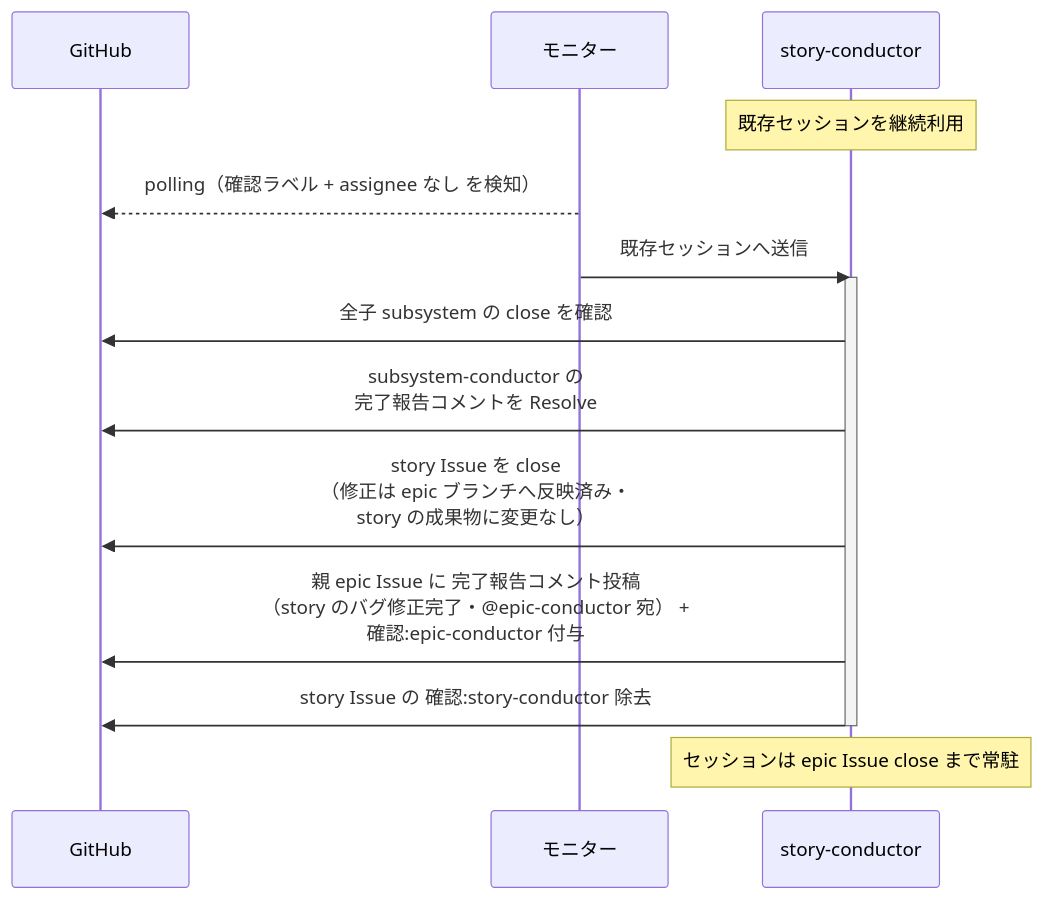
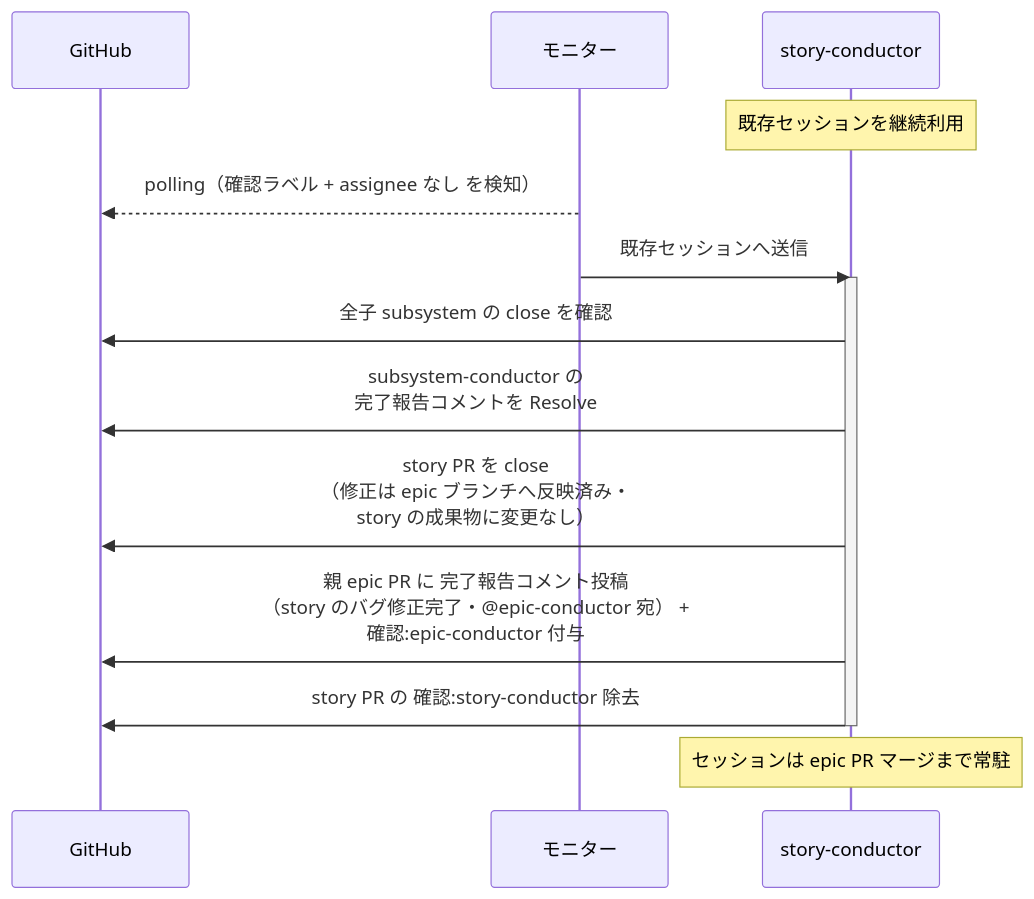
Before and after one commit to shuhei1101/ai-monitor: the second of 2 diagrams in docs/wiki/設計図/シナリオ/単一ユースケース/バグ差し戻しの中継.md, drawn with Mermaid. The commit also changed other lines of this file and 256 other files, not shown here.

````diff
--- a/docs/wiki/設計図/シナリオ/単一ユースケース/バグ差し戻しの中継.md
+++ b/docs/wiki/設計図/シナリオ/単一ユースケース/バグ差し戻しの中継.md
@@ -65,18 +65,18 @@
 ```mermaid
 sequenceDiagram
   participant GH as GitHub
   participant ORC as モニター
   participant MON as story-conductor
 
   Note over MON: 既存セッションを継続利用
   ORC-->>GH: polling（確認ラベル + assignee なし を検知）
   ORC->>MON: 既存セッションへ送信
   activate MON
   MON->>GH: 全子 subsystem の close を確認
   MON->>GH: subsystem-conductor の<br>完了報告コメントを Resolve
-  MON->>GH: story Issue を close<br>（修正は epic ブランチへ反映済み・<br>story の成果物に変更なし）
-  MON->>GH: 親 epic Issue に 完了報告コメント投稿<br>（story のバグ修正完了・@epic-conductor 宛） +<br>確認:epic-conductor 付与
-  MON->>GH: story Issue の 確認:story-conductor 除去
+  MON->>GH: story PR を close<br>（修正は epic ブランチへ反映済み・<br>story の成果物に変更なし）
+  MON->>GH: 親 epic PR に 完了報告コメント投稿<br>（story のバグ修正完了・@epic-conductor 宛） +<br>確認:epic-conductor 付与
+  MON->>GH: story PR の 確認:story-conductor 除去
   deactivate MON
-  Note over MON: セッションは epic Issue close まで常駐
+  Note over MON: セッションは epic PR マージまで常駐
 ```
````
